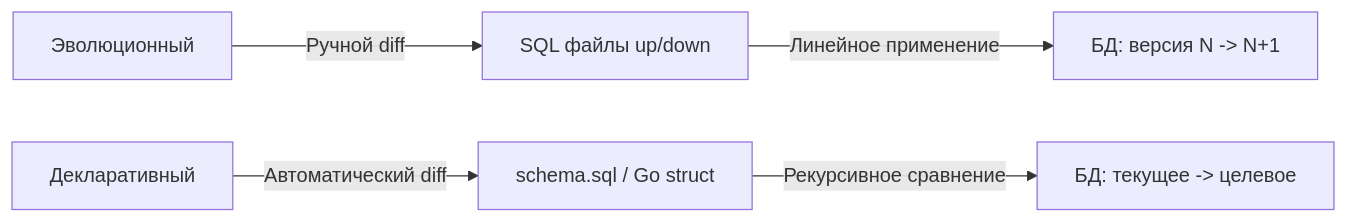
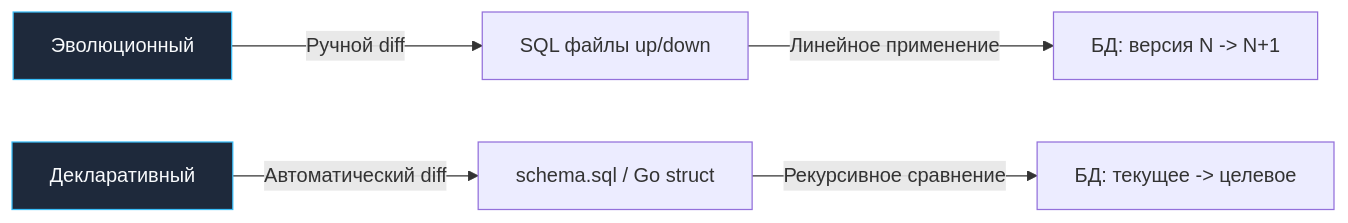
One commit to UnrealTemplier/go-textbook changed the first of 2 diagrams in sources/12. Базы данных/10. Практика и архитектура/5. Версионирование схемы.md. Above: the diagram before and after it, drawn with Mermaid. The commit also changed other lines of this file and 1666 other files, not shown here.

First line of the commit message:
feat(mermaid): add semantic color classDef to 1369 colorless flowchart/graph diagrams

````diff
--- a/sources/12. Базы данных/10. Практика и архитектура/5. Версионирование схемы.md
+++ b/sources/12. Базы данных/10. Практика и архитектура/5. Версионирование схемы.md
@@ -49,7 +49,17 @@
 ```mermaid
 flowchart LR
-    Evol["Эволюционный"] -->|Ручной diff| SQL["SQL файлы up/down"]
-    State["Декларативный"] -->|Автоматический diff| StateFile["schema.sql / Go struct"]
+    classDef process  fill:#1e293b,stroke:#38bdf8,stroke-width:1px,color:#f8fafc
+    classDef success  fill:#064e3b,stroke:#34d399,stroke-width:1px,color:#f8fafc
+    classDef error    fill:#7f1d1d,stroke:#f87171,stroke-width:1px,color:#f8fafc
+    classDef warning  fill:#78350f,stroke:#fbbf24,stroke-width:1px,color:#f8fafc
+    classDef entry    fill:#1e3a5f,stroke:#38bdf8,stroke-width:2px,color:#f8fafc
+    classDef aux      fill:#334155,stroke:#64748b,stroke-width:1px,color:#f8fafc
+    classDef system   fill:#312e81,stroke:#a78bfa,stroke-width:1px,color:#f8fafc
+    classDef data     fill:#132d29,stroke:#2dd4bf,stroke-width:1px,color:#f8fafc
+    classDef network  fill:#881337,stroke:#fb7185,stroke-width:1px,color:#f8fafc
+    classDef accent   fill:#1e1b4b,stroke:#818cf8,stroke-width:1px,color:#f8fafc
+    Evol["Эволюционный"]:::process -->|Ручной diff| SQL["SQL файлы up/down"]
+    State["Декларативный"]:::process -->|Автоматический diff| StateFile["schema.sql / Go struct"]
     SQL -->|Линейное применение| DB1["БД: версия N -> N+1"]
     StateFile -->|Рекурсивное сравнение| DB2["БД: текущее -> целевое"]
 ```
````
